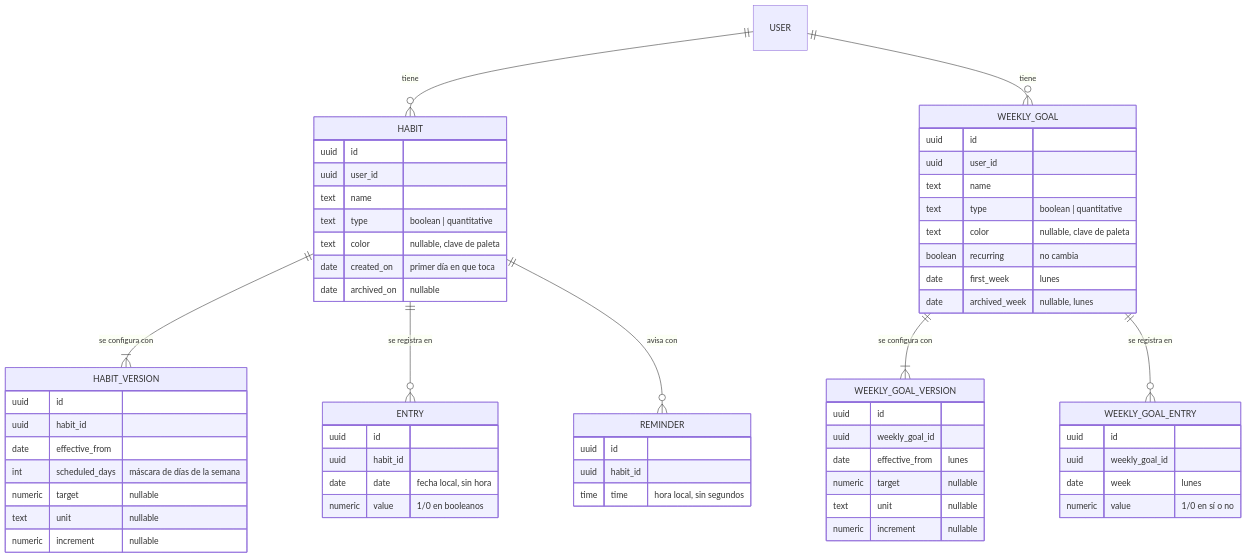
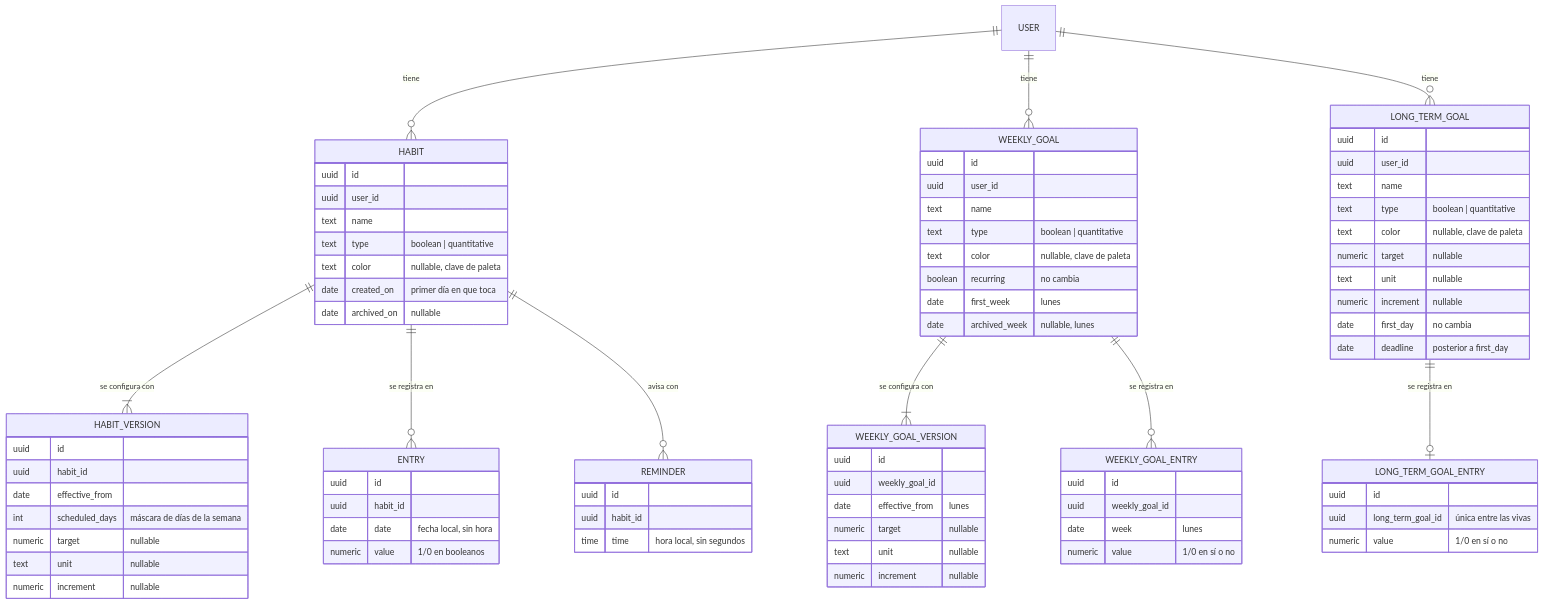
The second of 2 diagrams in docs/arquitectura.md (jota-marcar/habitos), drawn with Mermaid before and after one commit. The commit also changed other lines of this file and 27 other files, not shown here.

```diff
--- a/docs/arquitectura.md
+++ b/docs/arquitectura.md
@@ -122,6 +122,26 @@
     USER ||--o{ WEEKLY_GOAL : tiene
     WEEKLY_GOAL ||--|{ WEEKLY_GOAL_VERSION : "se configura con"
     WEEKLY_GOAL ||--o{ WEEKLY_GOAL_ENTRY : "se registra en"
+    USER ||--o{ LONG_TERM_GOAL : tiene
+    LONG_TERM_GOAL ||--o| LONG_TERM_GOAL_ENTRY : "se registra en"
+
+    LONG_TERM_GOAL {
+        uuid id
+        uuid user_id
+        text name
+        text type "boolean | quantitative"
+        text color "nullable, clave de paleta"
+        numeric target "nullable"
+        text unit "nullable"
+        numeric increment "nullable"
+        date first_day "no cambia"
+        date deadline "posterior a first_day"
+    }
+    LONG_TERM_GOAL_ENTRY {
+        uuid id
+        uuid long_term_goal_id "única entre las vivas"
+        numeric value "1/0 en sí o no"
+    }
 
     WEEKLY_GOAL {
         uuid id
```
